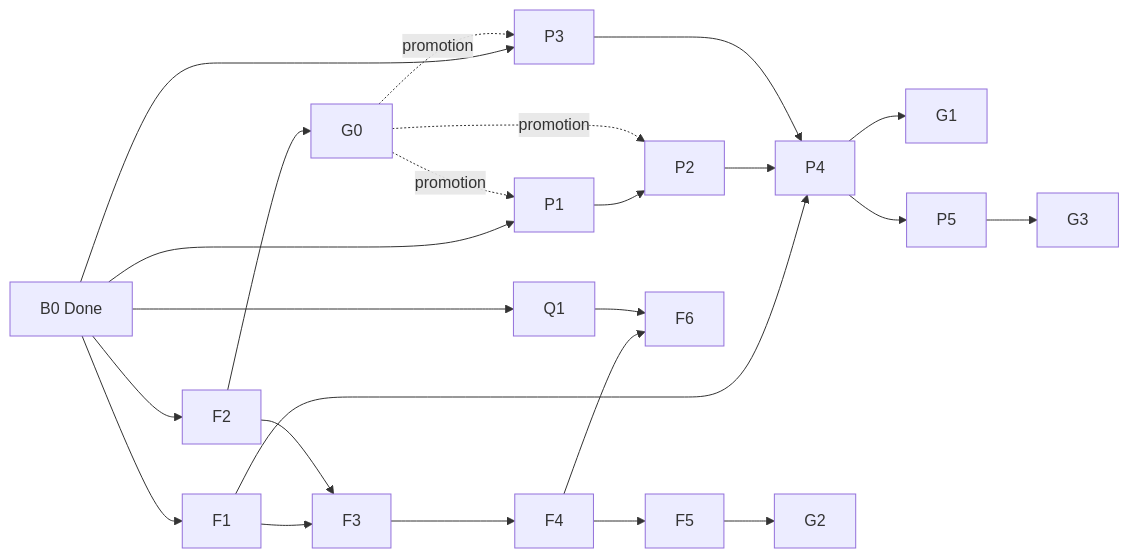
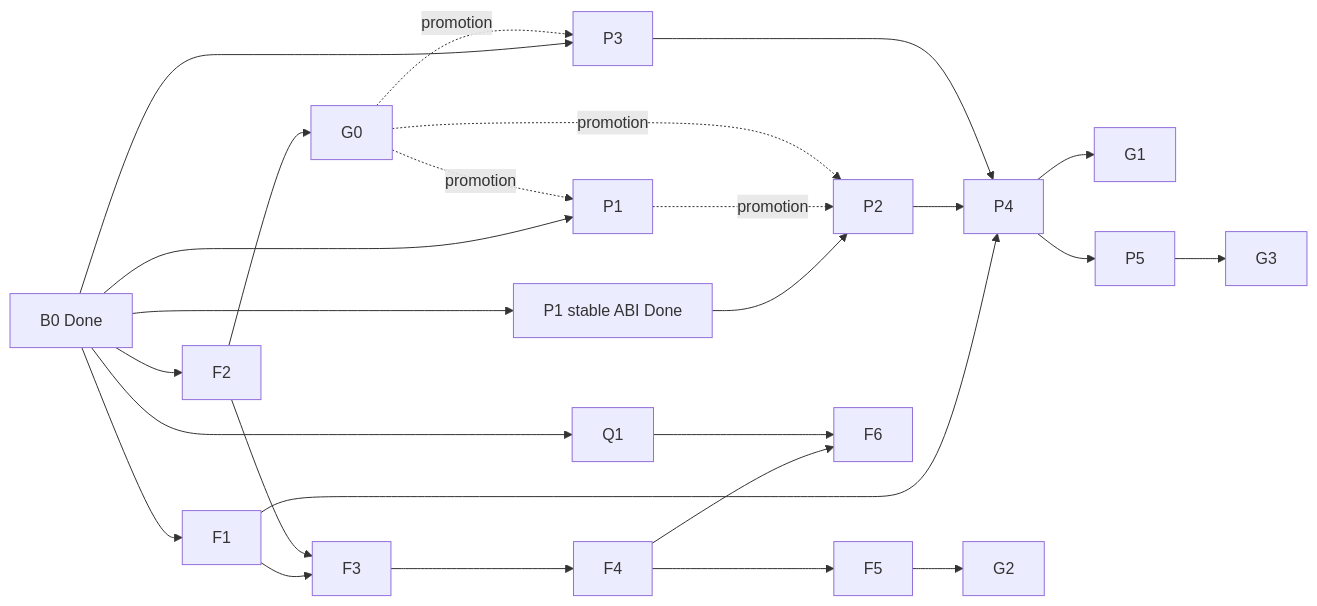
One commit to trozzelle/mlx-egpu-experiments changed the diagram in docs/tasks/r9700-products/README.md. Above: the diagram before and after it, drawn with Mermaid. The commit also changed other lines of this file and 7 other files, not shown here.

````diff
--- a/docs/tasks/r9700-products/README.md
+++ b/docs/tasks/r9700-products/README.md
@@ -53,27 +53,29 @@
 ```mermaid
 flowchart LR
   B0["B0 Done"]
   B0 --> F1
   B0 --> F2
   B0 --> P1
+  B0 --> P1ABI["P1 stable ABI Done"]
   B0 --> P3
   B0 --> Q1
   F2 --> G0
   F1 --> F3
   F2 --> F3
-  P1 --> P2
+  P1ABI --> P2
+  P1 -. promotion .-> P2
   G0 -. promotion .-> P1
   G0 -. promotion .-> P2
   G0 -. promotion .-> P3
   F3 --> F4
   F1 --> P4
   P2 --> P4
   P3 --> P4
   P4 --> G1
   F4 --> F5
   F4 --> F6
   Q1 --> F6
   F5 --> G2
   P4 --> P5
   P5 --> G3
 ```
````
